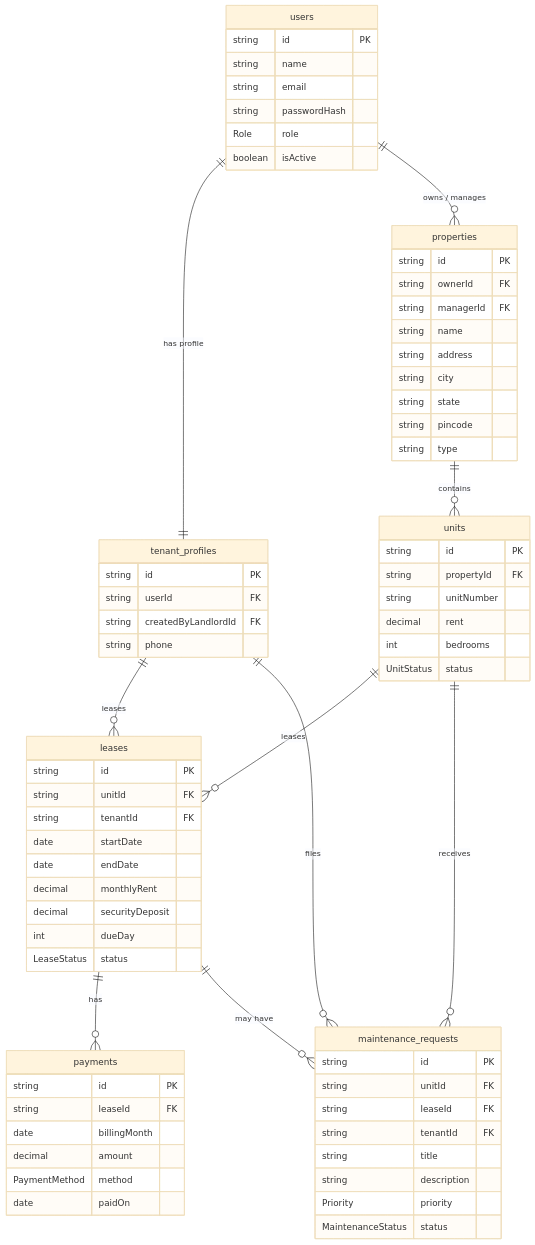
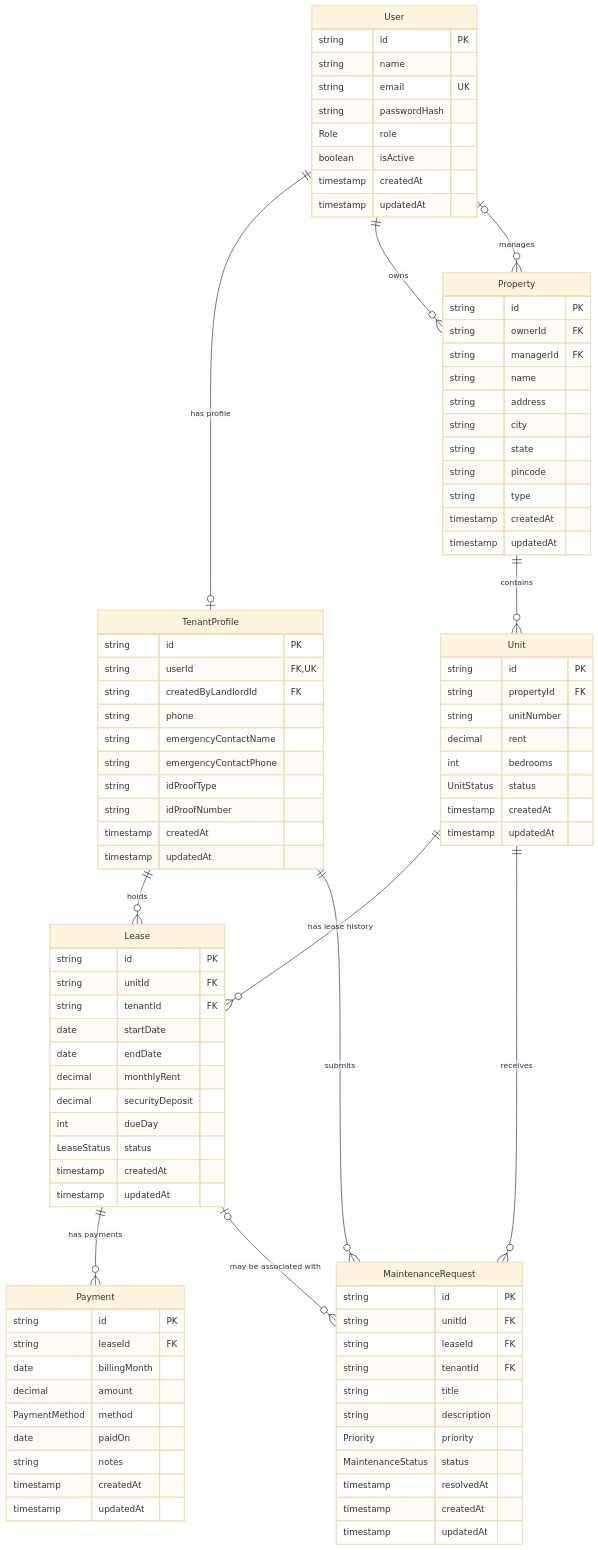
The diagram in dbms/02_er_diagram.md (TEJASGUPTA478/RentSetu_AP_2026), drawn with Mermaid (base theme) before and after one commit. The commit also changed other lines of this file and 4 other files, not shown here.

Commit message:
docs(dbms): align schema documentation

````diff
--- a/dbms/02_er_diagram.md
+++ b/dbms/02_er_diagram.md
@@ -16,32 +18,28 @@
 ```mermaid
 erDiagram
-    users ||--|| tenant_profiles : "has profile"
-    users ||--o{ properties : "owns / manages"
-    properties ||--o{ units : "contains"
-    units ||--o{ leases : "leases"
-    tenant_profiles ||--o{ leases : "leases"
-    leases ||--o{ payments : "has"
-    units ||--o{ maintenance_requests : "receives"
-    leases ||--o{ maintenance_requests : "may have"
-    tenant_profiles ||--o{ maintenance_requests : "files"
+    User ||--o| TenantProfile : "has profile"
+    User ||--o{ Property : "owns"
+    User o|--o{ Property : "manages"
+    Property ||--o{ Unit : "contains"
+    Unit ||--o{ Lease : "has lease history"
+    TenantProfile ||--o{ Lease : "holds"
+    Lease ||--o{ Payment : "has payments"
+    Unit ||--o{ MaintenanceRequest : "receives"
+    Lease o|--o{ MaintenanceRequest : "may be associated with"
+    TenantProfile ||--o{ MaintenanceRequest : "submits"
 
-    users {
+    User {
         string id PK
         string name
-        string email
+        string email UK
         string passwordHash
         Role role
         boolean isActive
+        timestamp createdAt
+        timestamp updatedAt
     }
 
-    tenant_profiles {
-        string id PK
-        string userId FK
-        string createdByLandlordId FK
-        string phone
-    }
-
-    properties {
+    Property {
         string id PK
         string ownerId FK
         string managerId FK
@@ -51,18 +49,35 @@
         string state
         string pincode
         string type
+        timestamp createdAt
+        timestamp updatedAt
     }
 
-    units {
+    Unit {
         string id PK
         string propertyId FK
         string unitNumber
         decimal rent
         int bedrooms
         UnitStatus status
+        timestamp createdAt
+        timestamp updatedAt
     }
 
-    leases {
+    TenantProfile {
+        string id PK
+        string userId FK, UK
+        string createdByLandlordId FK
+        string phone
+        string emergencyContactName
+        string emergencyContactPhone
+        string idProofType
+        string idProofNumber
+        timestamp createdAt
+        timestamp updatedAt
+    }
+
+    Lease {
         string id PK
         string unitId FK
         string tenantId FK
@@ -72,18 +87,23 @@
         decimal securityDeposit
         int dueDay
         LeaseStatus status
+        timestamp createdAt
+        timestamp updatedAt
     }
 
-    payments {
+    Payment {
         string id PK
         string leaseId FK
         date billingMonth
         decimal amount
         PaymentMethod method
         date paidOn
+        string notes
+        timestamp createdAt
+        timestamp updatedAt
     }
 
-    maintenance_requests {
+    MaintenanceRequest {
         string id PK
         string unitId FK
         string leaseId FK
@@ -92,5 +112,8 @@
         string description
         Priority priority
         MaintenanceStatus status
+        timestamp resolvedAt
+        timestamp createdAt
+        timestamp updatedAt
     }
 ```
````
